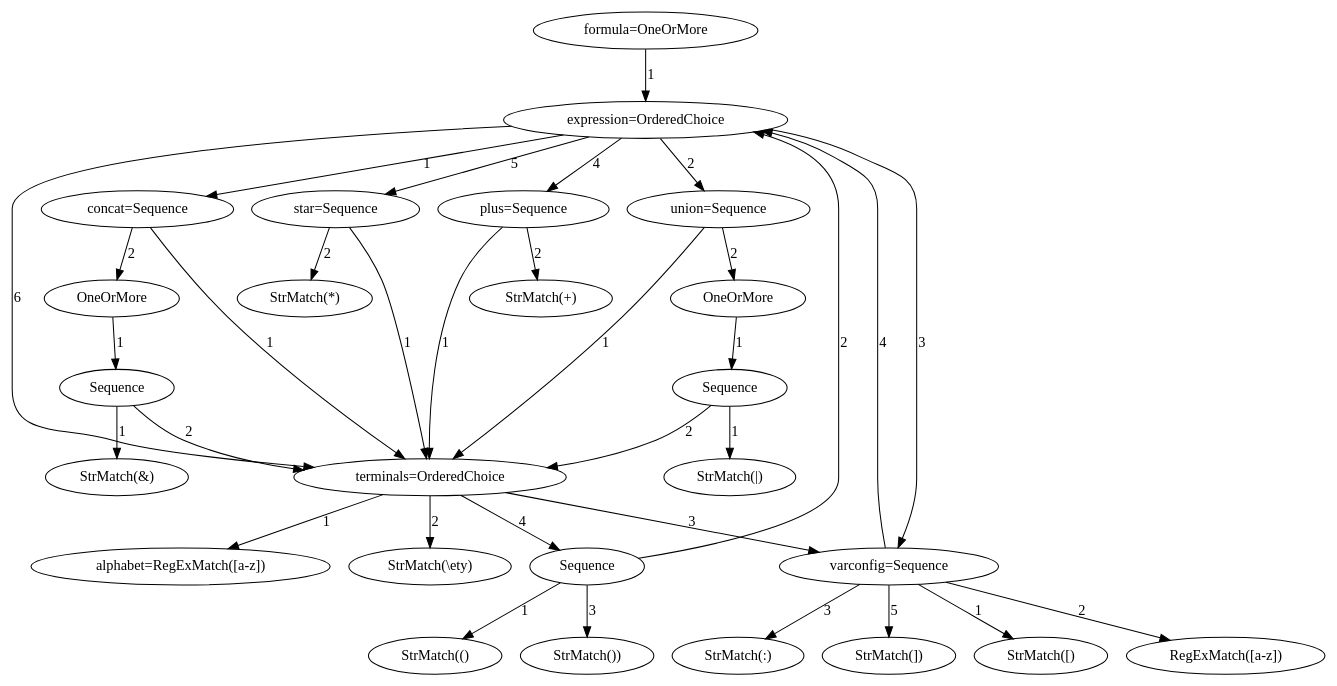
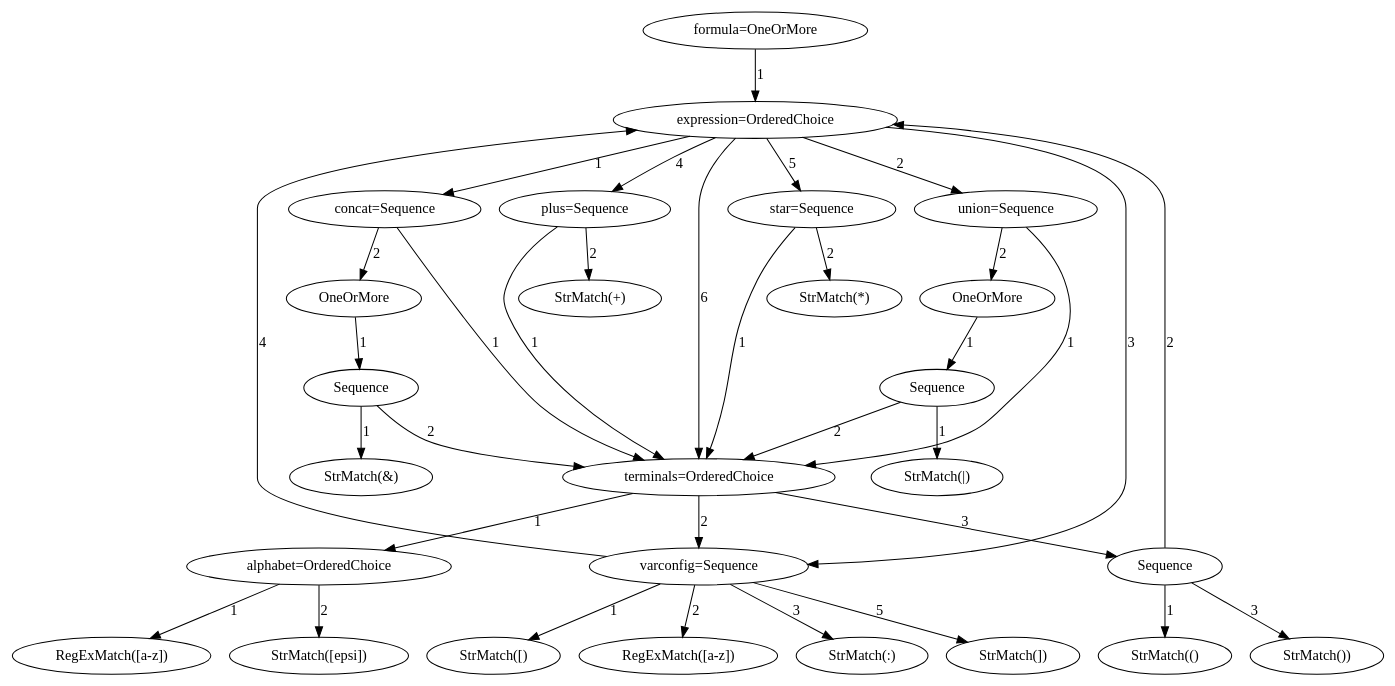
The diagram in formula_parser_model.dot (yipsimon/DocumentSpanners_MSc), drawn with Graphviz before and after one commit. The commit also changed 8 other files, not shown here.

```diff
--- a/formula_parser_model.dot
+++ b/formula_parser_model.dot
@@ -1,93 +1,96 @@
 digraph arpeggio_graph {
-140527980428624 [label="formula=OneOrMore"];
-140527980428624->140527980428752 [label="1"]
+140515469569872 [label="formula=OneOrMore"];
+140515469569872->140515469570000 [label="1"]
 
-140527980428752 [label="expression=OrderedChoice"];
-140527980428752->140527960580304 [label="1"]
+140515469570000 [label="expression=OrderedChoice"];
+140515469570000->140515460448528 [label="1"]
 
-140527960580304 [label="concat=Sequence"];
-140527960580304->140527960596880 [label="1"]
+140515460448528 [label="concat=Sequence"];
+140515460448528->140515460448720 [label="1"]
 
-140527960596880 [label="terminals=OrderedChoice"];
-140527960596880->140527960651728 [label="1"]
+140515460448720 [label="terminals=OrderedChoice"];
+140515460448720->140515460448976 [label="1"]
 
-140527960651728 [label="alphabet=RegExMatch([a-z])"];
-140527960596880->140527960598608 [label="2"]
+140515460448976 [label="alphabet=OrderedChoice"];
+140515460448976->140515460448912 [label="1"]
 
-140527960598608 [label="StrMatch(\\ety)"];
-140527960596880->140527960651920 [label="3"]
+140515460448912 [label="RegExMatch([a-z])"];
+140515460448976->140515460449104 [label="2"]
 
-140527960651920 [label="varconfig=Sequence"];
-140527960651920->140527960652048 [label="1"]
+140515460449104 [label="StrMatch([epsi])"];
+140515460448720->140515460449168 [label="2"]
 
-140527960652048 [label="StrMatch([)"];
-140527960651920->140527960651856 [label="2"]
+140515460449168 [label="varconfig=Sequence"];
+140515460449168->140515460449296 [label="1"]
 
-140527960651856 [label="RegExMatch([a-z])"];
-140527960651920->140527960652112 [label="3"]
+140515460449296 [label="StrMatch([)"];
+140515460449168->140515460449040 [label="2"]
 
-140527960652112 [label="StrMatch(:)"];
-140527960651920->140527980428752 [label="4"]
+140515460449040 [label="RegExMatch([a-z])"];
+140515460449168->140515460449360 [label="3"]
 
-140527960651920->140527960652176 [label="5"]
+140515460449360 [label="StrMatch(:)"];
+140515460449168->140515469570000 [label="4"]
 
-140527960652176 [label="StrMatch(])"];
-140527960596880->140527960651792 [label="4"]
+140515460449168->140515460449424 [label="5"]
 
-140527960651792 [label="Sequence"];
-140527960651792->140527960652240 [label="1"]
+140515460449424 [label="StrMatch(])"];
+140515460448720->140515460448848 [label="3"]
 
-140527960652240 [label="StrMatch(()"];
-140527960651792->140527980428752 [label="2"]
+140515460448848 [label="Sequence"];
+140515460448848->140515460449488 [label="1"]
 
-140527960651792->140527960652304 [label="3"]
+140515460449488 [label="StrMatch(()"];
+140515460448848->140515469570000 [label="2"]
 
-140527960652304 [label="StrMatch())"];
-140527960580304->140527980429264 [label="2"]
+140515460448848->140515460449552 [label="3"]
 
-140527980429264 [label="OneOrMore"];
-140527980429264->140527960583760 [label="1"]
+140515460449552 [label="StrMatch())"];
+140515460448528->140515460448464 [label="2"]
 
-140527960583760 [label="Sequence"];
-140527960583760->140527960651984 [label="1"]
+140515460448464 [label="OneOrMore"];
+140515460448464->140515460448656 [label="1"]
 
-140527960651984 [label="StrMatch(&)"];
-140527960583760->140527960596880 [label="2"]
+140515460448656 [label="Sequence"];
+140515460448656->140515460449232 [label="1"]
 
-140527980428752->140527960597072 [label="2"]
+140515460449232 [label="StrMatch(&)"];
+140515460448656->140515460448720 [label="2"]
 
-140527960597072 [label="union=Sequence"];
-140527960597072->140527960596880 [label="1"]
+140515469570000->140515460448784 [label="2"]
 
-140527960597072->140527960581712 [label="2"]
+140515460448784 [label="union=Sequence"];
+140515460448784->140515460448720 [label="1"]
 
-140527960581712 [label="OneOrMore"];
-140527960581712->140527960652432 [label="1"]
+140515460448784->140515460448592 [label="2"]
 
-140527960652432 [label="Sequence"];
-140527960652432->140527960652560 [label="1"]
+140515460448592 [label="OneOrMore"];
+140515460448592->140515460449680 [label="1"]
 
-140527960652560 [label="StrMatch(|)"];
-140527960652432->140527960596880 [label="2"]
+140515460449680 [label="Sequence"];
+140515460449680->140515460449808 [label="1"]
 
-140527980428752->140527960651920 [label="3"]
+140515460449808 [label="StrMatch(|)"];
+140515460449680->140515460448720 [label="2"]
 
-140527980428752->140527960652368 [label="4"]
+140515469570000->140515460449168 [label="3"]
 
-140527960652368 [label="plus=Sequence"];
-140527960652368->140527960596880 [label="1"]
+140515469570000->140515460449616 [label="4"]
 
-140527960652368->140527960652624 [label="2"]
+140515460449616 [label="plus=Sequence"];
+140515460449616->140515460448720 [label="1"]
 
-140527960652624 [label="StrMatch(+)"];
-140527980428752->140527960652496 [label="5"]
+140515460449616->140515460449872 [label="2"]
 
-140527960652496 [label="star=Sequence"];
-140527960652496->140527960596880 [label="1"]
+140515460449872 [label="StrMatch(+)"];
+140515469570000->140515460449744 [label="5"]
 
-140527960652496->140527960652752 [label="2"]
+140515460449744 [label="star=Sequence"];
+140515460449744->140515460448720 [label="1"]
 
-140527960652752 [label="StrMatch(*)"];
-140527980428752->140527960596880 [label="6"]
+140515460449744->140515460450000 [label="2"]
+
+140515460450000 [label="StrMatch(*)"];
+140515469570000->140515460448720 [label="6"]
 
 }
```
